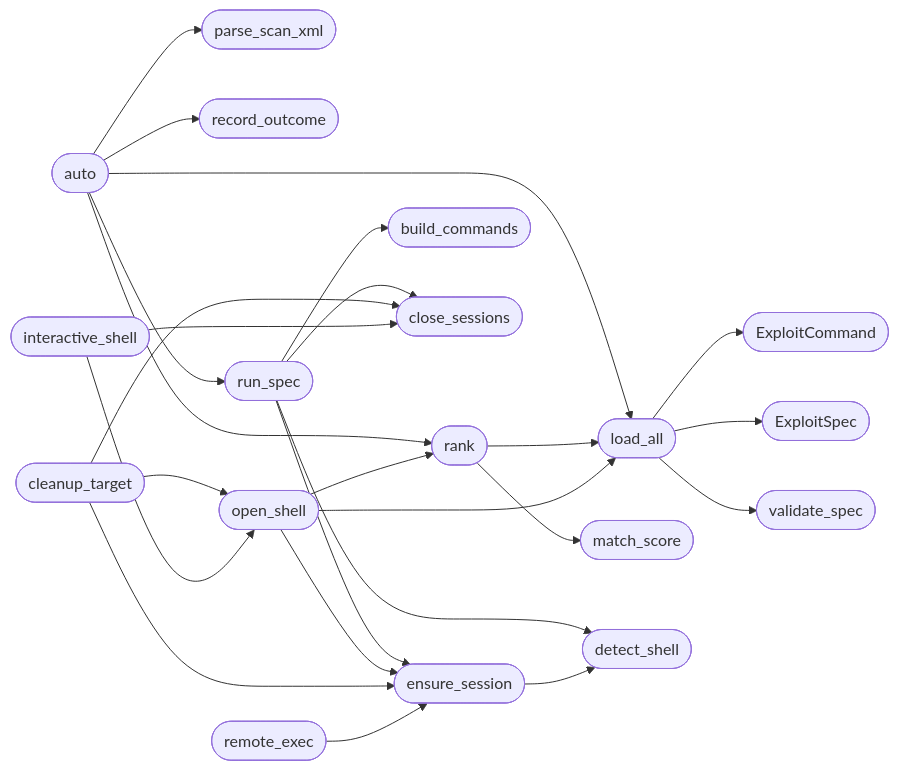
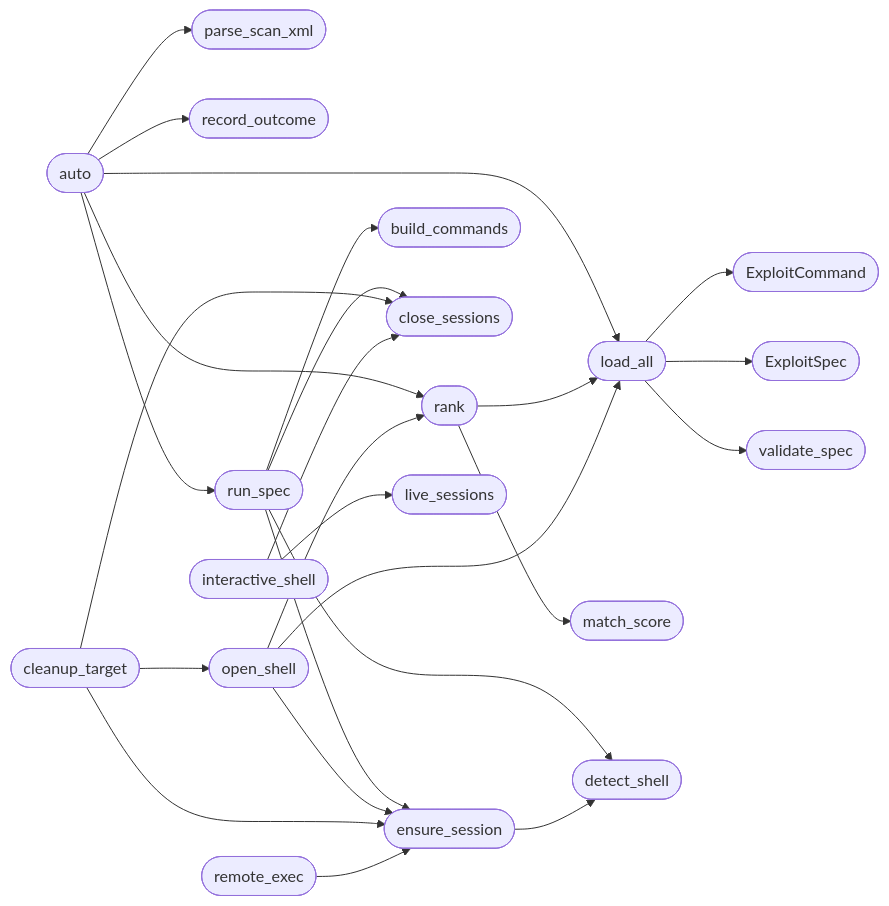
One commit to grisuno/LazyOwn changed the second of 2 diagrams in readmenator-apidocs/modules/modules.atomic_exploit_bridge.py.md. Above: the diagram before and after it, drawn with Mermaid. The commit also changed other lines of this file and 422 other files, not shown here.

````diff
--- a/readmenator-apidocs/modules/modules.atomic_exploit_bridge.py.md
+++ b/readmenator-apidocs/modules/modules.atomic_exploit_bridge.py.md
@@ -66,45 +66,46 @@
 ```mermaid
 flowchart LR
     n_modules_atomic_exploit_bridge_py__load_all(["load_all"])
     n_modules_atomic_exploit_bridge_py__ExploitCommand(["ExploitCommand"])
     n_modules_atomic_exploit_bridge_py__ExploitSpec(["ExploitSpec"])
     n_modules_atomic_exploit_bridge_py__validate_spec(["validate_spec"])
     n_modules_atomic_exploit_bridge_py__auto(["auto"])
     n_modules_atomic_exploit_bridge_py__parse_scan_xml(["parse_scan_xml"])
     n_modules_atomic_exploit_bridge_py__rank(["rank"])
     n_modules_atomic_exploit_bridge_py__record_outcome(["record_outcome"])
     n_modules_atomic_exploit_bridge_py__run_spec(["run_spec"])
     n_modules_atomic_exploit_bridge_py__match_score(["match_score"])
     n_modules_atomic_exploit_bridge_py__build_commands(["build_commands"])
     n_modules_atomic_exploit_bridge_py__close_sessions(["close_sessions"])
     n_modules_atomic_exploit_bridge_py__detect_shell(["detect_shell"])
     n_modules_atomic_exploit_bridge_py__ensure_session(["ensure_session"])
     n_modules_atomic_exploit_bridge_py__open_shell(["open_shell"])
     n_modules_atomic_exploit_bridge_py__cleanup_target(["cleanup_target"])
     n_modules_atomic_exploit_bridge_py__remote_exec(["remote_exec"])
     n_modules_atomic_exploit_bridge_py__interactive_shell(["interactive_shell"])
+    n_modules_atomic_exploit_bridge_py__live_sessions(["live_sessions"])
     n_modules_atomic_exploit_bridge_py__load_all --> n_modules_atomic_exploit_bridge_py__ExploitCommand
     n_modules_atomic_exploit_bridge_py__load_all --> n_modules_atomic_exploit_bridge_py__ExploitSpec
     n_modules_atomic_exploit_bridge_py__load_all --> n_modules_atomic_exploit_bridge_py__validate_spec
     n_modules_atomic_exploit_bridge_py__auto --> n_modules_atomic_exploit_bridge_py__load_all
     n_modules_atomic_exploit_bridge_py__auto --> n_modules_atomic_exploit_bridge_py__parse_scan_xml
     n_modules_atomic_exploit_bridge_py__auto --> n_modules_atomic_exploit_bridge_py__rank
     n_modules_atomic_exploit_bridge_py__auto --> n_modules_atomic_exploit_bridge_py__record_outcome
     n_modules_atomic_exploit_bridge_py__auto --> n_modules_atomic_exploit_bridge_py__run_spec
     n_modules_atomic_exploit_bridge_py__rank --> n_modules_atomic_exploit_bridge_py__load_all
     n_modules_atomic_exploit_bridge_py__rank --> n_modules_atomic_exploit_bridge_py__match_score
     n_modules_atomic_exploit_bridge_py__run_spec --> n_modules_atomic_exploit_bridge_py__build_commands
     n_modules_atomic_exploit_bridge_py__run_spec --> n_modules_atomic_exploit_bridge_py__close_sessions
     n_modules_atomic_exploit_bridge_py__run_spec --> n_modules_atomic_exploit_bridge_py__detect_shell
     n_modules_atomic_exploit_bridge_py__run_spec --> n_modules_atomic_exploit_bridge_py__ensure_session
     n_modules_atomic_exploit_bridge_py__open_shell --> n_modules_atomic_exploit_bridge_py__ensure_session
     n_modules_atomic_exploit_bridge_py__open_shell --> n_modules_atomic_exploit_bridge_py__load_all
     n_modules_atomic_exploit_bridge_py__open_shell --> n_modules_atomic_exploit_bridge_py__rank
     n_modules_atomic_exploit_bridge_py__cleanup_target --> n_modules_atomic_exploit_bridge_py__close_sessions
     n_modules_atomic_exploit_bridge_py__cleanup_target --> n_modules_atomic_exploit_bridge_py__ensure_session
     n_modules_atomic_exploit_bridge_py__cleanup_target --> n_modules_atomic_exploit_bridge_py__open_shell
     n_modules_atomic_exploit_bridge_py__ensure_session --> n_modules_atomic_exploit_bridge_py__detect_shell
     n_modules_atomic_exploit_bridge_py__remote_exec --> n_modules_atomic_exploit_bridge_py__ensure_session
     n_modules_atomic_exploit_bridge_py__interactive_shell --> n_modules_atomic_exploit_bridge_py__close_sessions
-    n_modules_atomic_exploit_bridge_py__interactive_shell --> n_modules_atomic_exploit_bridge_py__open_shell
+    n_modules_atomic_exploit_bridge_py__interactive_shell --> n_modules_atomic_exploit_bridge_py__live_sessions
 ```
````
